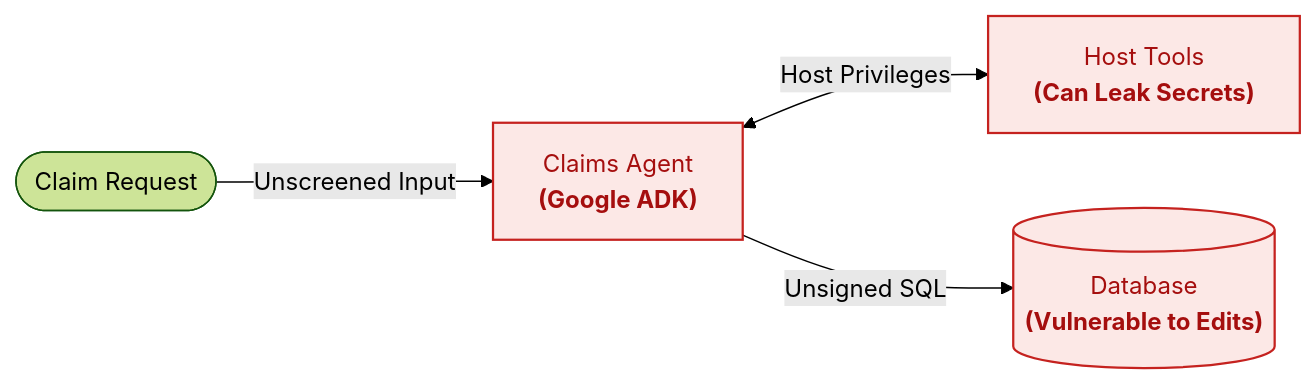
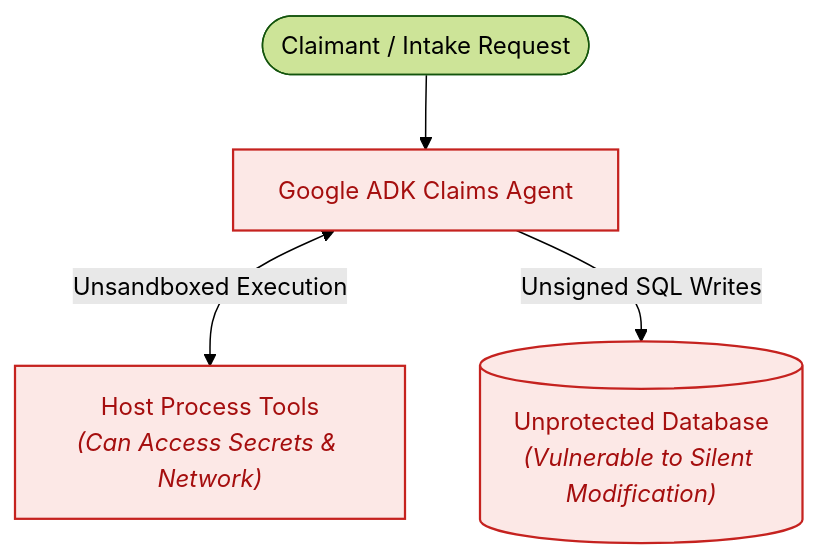
The first of 2 diagrams in auto-claims-demo/README.md (upasana1105/UP_Demos), drawn with Mermaid (forest theme) before and after one commit. The commit also changed other lines of this file, not shown here.

Commit message:
docs(auto-claims): update architecture diagram to clean 3-pillars representation

````diff
--- a/auto-claims-demo/README.md
+++ b/auto-claims-demo/README.md
@@ -21,9 +21,9 @@
 ```mermaid
-flowchart LR
-    User([Claim Request]) -->|Unscreened Input| Agent["Claims Agent<br/><b>(Google ADK)</b>"]
-    Agent <-->|Host Privileges| Tool["Host Tools<br/><b>(Can Leak Secrets)</b>"]
-    Agent -->|Unsigned SQL| DB[("Database<br/><b>(Vulnerable to Edits)</b>")]
+graph TD
+    User([Claimant / Intake Request]) --> Agent["Google ADK Claims Agent"]
+    Agent <-->|Unsandboxed Execution| HostTools["Host Process Tools<br/><i>(Can Access Secrets & Network)</i>"]
+    Agent -->|Unsigned SQL Writes| DB[("Unprotected Database<br/><i>(Vulnerable to Silent Modification)</i>")]
 
     classDef vuln fill:#fce8e6,stroke:#c5221f,stroke-width:1.5px,color:#a50e0e;
-    class Agent,Tool,DB vuln;
+    class Agent,HostTools,DB vuln;
 ```
````
